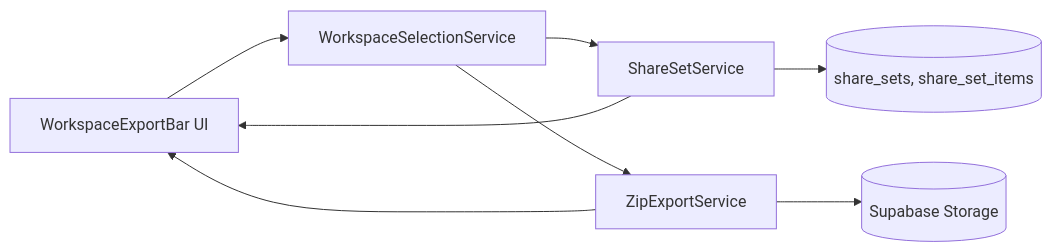
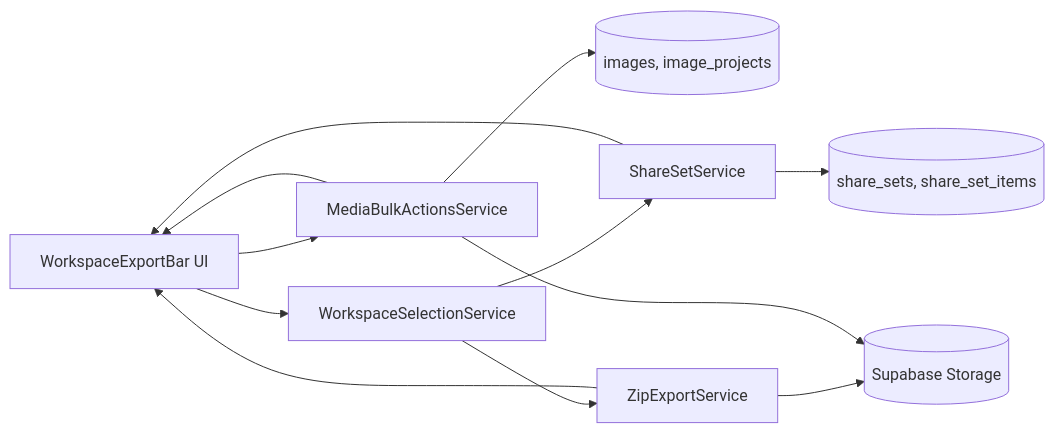
The first of 3 diagrams in docs/element-specs/workspace-export-bar.md (matkleve/feldpost), drawn with Mermaid before and after one commit. The commit also changed other lines of this file and 6 other files, not shown here.

````diff
--- a/docs/element-specs/workspace-export-bar.md
+++ b/docs/element-specs/workspace-export-bar.md
@@ -82,10 +104,14 @@
 ```mermaid
 flowchart LR
   UI[WorkspaceExportBar UI] --> WS[WorkspaceSelectionService]
+  UI --> MB[MediaBulkActionsService]
+  MB --> DBI[(images, image_projects)]
   WS --> SS[ShareSetService]
   SS --> DB[(share_sets, share_set_items)]
   WS --> ZE[ZipExportService]
   ZE --> ST[(Supabase Storage)]
+  MB --> ST
   SS --> UI
+  MB --> UI
   ZE --> UI
 ```
````
